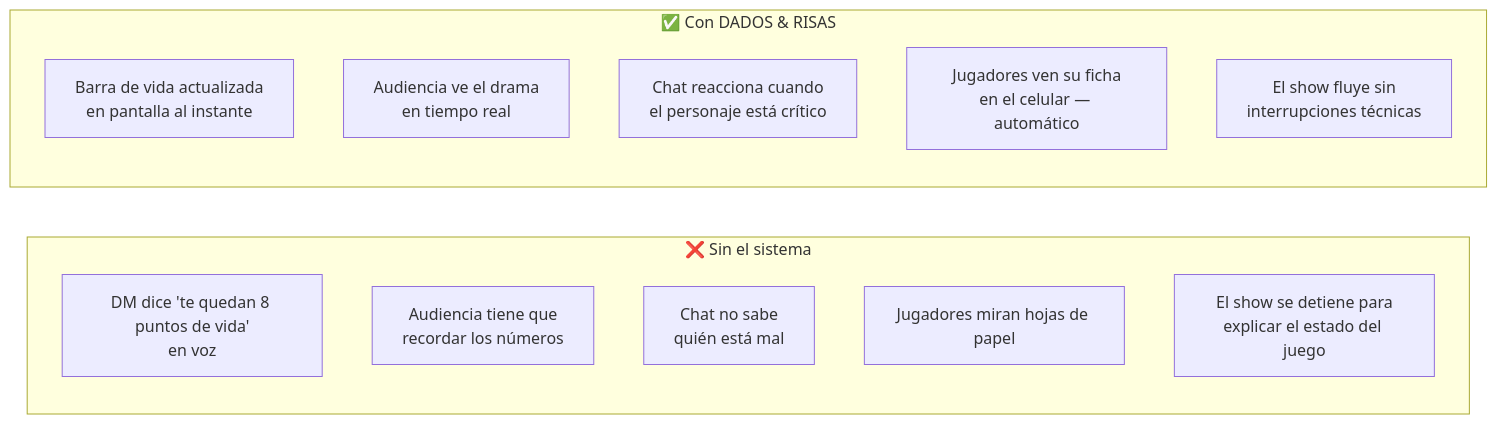
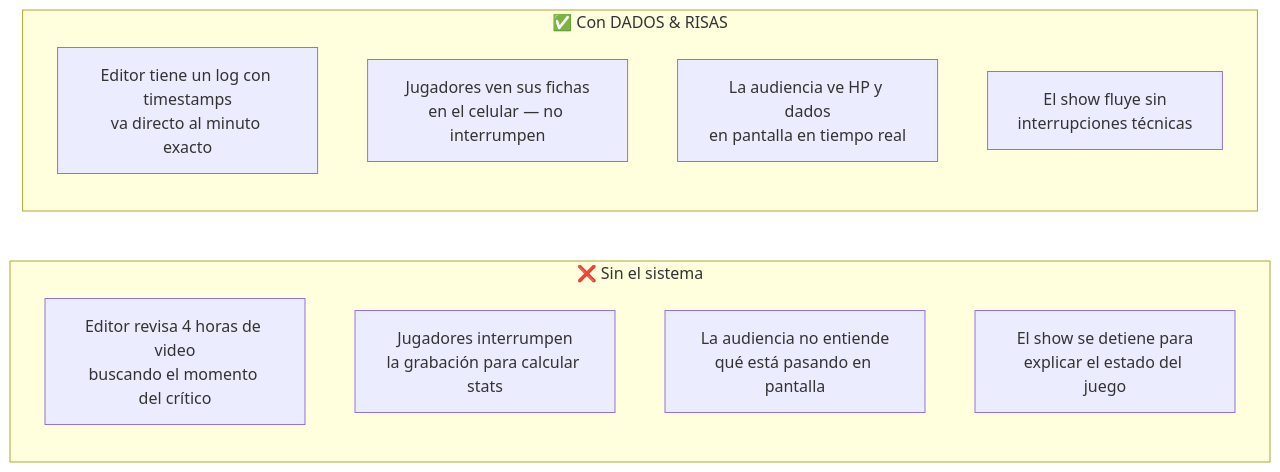
Before and after one commit to s0lci700/OVERLAYS: diagram 11 of 12 in demo-pitch-docs/workflow-stakeholders.md, drawn with Mermaid. The commit also changed other lines of this file and 2 other files, not shown here.

Commit message:
Reframe docs: recorded show primary use case, timestamp post-production benefit, demo data caveat

````diff
--- a/demo-pitch-docs/workflow-stakeholders.md
+++ b/demo-pitch-docs/workflow-stakeholders.md
@@ -264,18 +303,16 @@
 ```mermaid
 flowchart LR
     subgraph SIN["❌ Sin el sistema"]
-        A1[DM dice 'te quedan 8 puntos de vida'\nen voz]
-        A2[Audiencia tiene que\nrecordar los números]
-        A3[Chat no sabe\nquién está mal]
-        A4[Jugadores miran hojas de papel]
-        A5[El show se detiene para\nexplicar el estado del juego]
+        A1[Editor revisa 4 horas de video\nbuscando el momento del crítico]
+        A2[Jugadores interrumpen\nla grabación para calcular stats]
+        A3[La audiencia no entiende\nqué está pasando en pantalla]
+        A4[El show se detiene para\nexplicar el estado del juego]
     end
 
     subgraph CON["✅ Con DADOS & RISAS"]
-        B1[Barra de vida actualizada\nen pantalla al instante]
-        B2[Audiencia ve el drama\nen tiempo real]
-        B3[Chat reacciona cuando\nel personaje está crítico]
-        B4[Jugadores ven su ficha\nen el celular — automático]
-        B5[El show fluye sin\ninterrupciones técnicas]
+        B1[Editor tiene un log con timestamps\nva directo al minuto exacto]
+        B2[Jugadores ven sus fichas\nen el celular — no interrumpen]
+        B3[La audiencia ve HP y dados\nen pantalla en tiempo real]
+        B4[El show fluye sin\ninterrupciones técnicas]
     end
 ```
````
